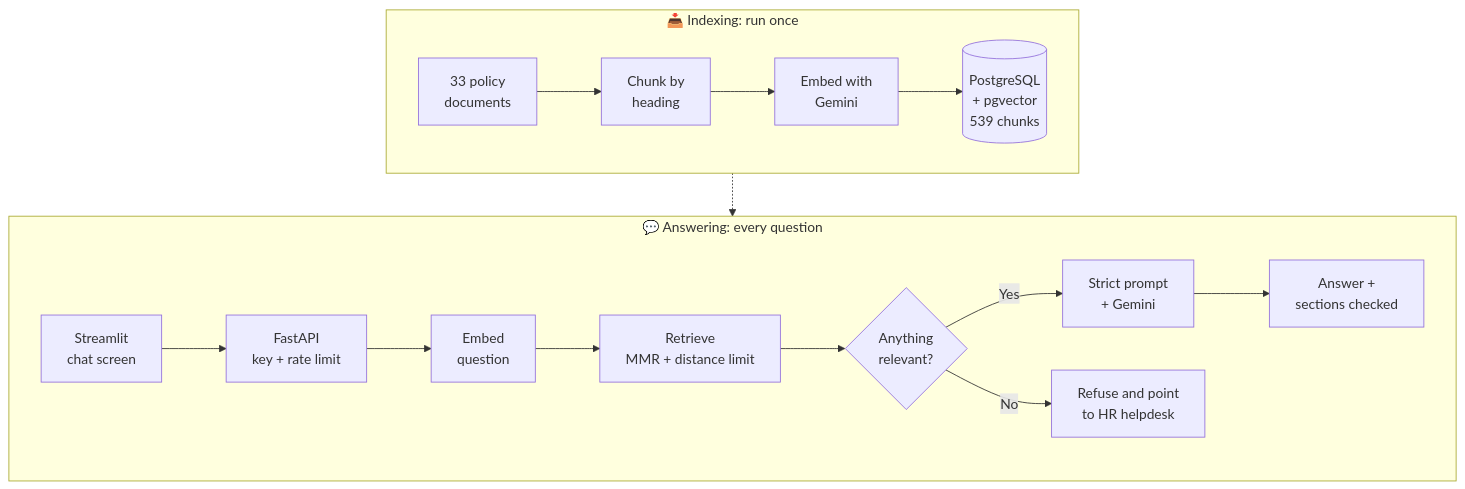
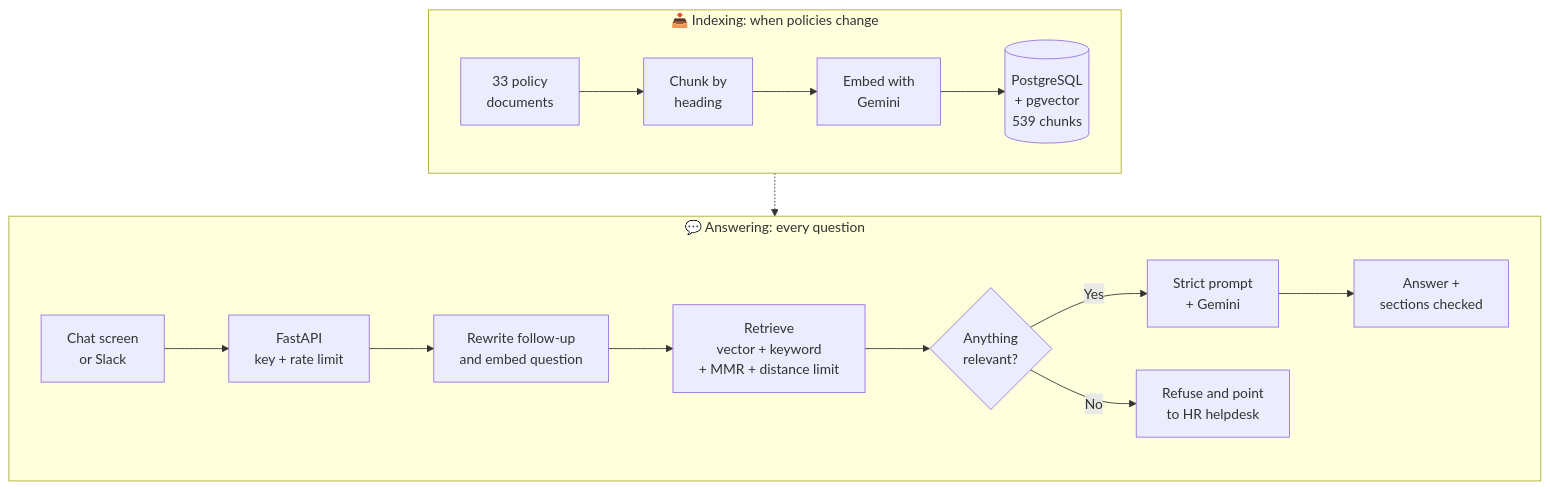
Before and after one commit to Rutuja-Murkute98/hr-policy-assistant: the diagram in README.md, drawn with Mermaid. The commit also changed other lines of this file and 37 other files, not shown here.

First line of the commit message:
Add follow-ups, streaming, policy admin, hybrid search, model choice and Slack

````diff
--- a/README.md
+++ b/README.md
@@ -52,16 +56,16 @@
 ```mermaid
 flowchart TB
-    subgraph OFF["📥 Indexing: run once"]
+    subgraph OFF["📥 Indexing: when policies change"]
         direction LR
         A["33 policy<br>documents"] --> B["Chunk by<br>heading"] --> C["Embed with<br>Gemini"] --> D[("PostgreSQL<br>+ pgvector<br>539 chunks")]
     end
 
     subgraph ON["💬 Answering: every question"]
         direction LR
-        E["Streamlit<br>chat screen"] --> F["FastAPI<br>key + rate limit"] --> G["Embed<br>question"] --> H["Retrieve<br>MMR + distance limit"] --> I{"Anything<br>relevant?"}
+        E["Chat screen<br>or Slack"] --> F["FastAPI<br>key + rate limit"] --> G["Rewrite follow-up<br>and embed question"] --> H["Retrieve<br>vector + keyword<br>+ MMR + distance limit"] --> I{"Anything<br>relevant?"}
         I -- Yes --> J["Strict prompt<br>+ Gemini"] --> K["Answer +<br>sections checked"]
         I -- No --> L["Refuse and point<br>to HR helpdesk"]
     end
 
     D -.-> H
 ```
````
